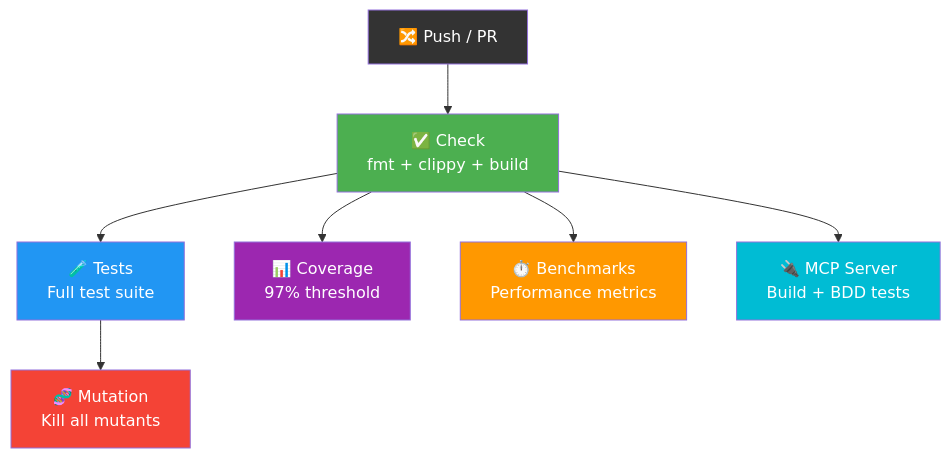
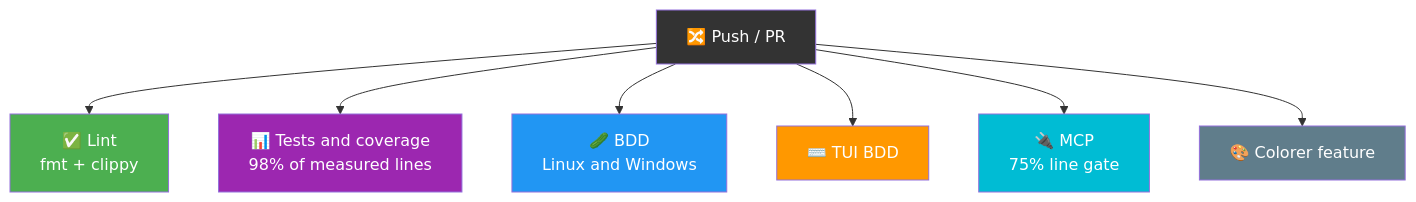
Before and after one commit to stden/FunnyFileManager: diagram 12 of 12 in TUTORIAL.md, drawn with Mermaid. The commit also changed other lines of this file and 18 other files, not shown here.

````diff
--- a/TUTORIAL.md
+++ b/TUTORIAL.md
@@ -521,21 +522,17 @@
 ```mermaid
 graph TB
-    PUSH["🔀 Push / PR"] --> CHECK
-
-    CHECK["✅ Check<br/>fmt + clippy + build"]
-
-    CHECK --> TEST["🧪 Tests<br/>Full test suite"]
-    CHECK --> COVERAGE["📊 Coverage<br/>97% threshold"]
-    CHECK --> BENCH["⏱️ Benchmarks<br/>Performance metrics"]
-    CHECK --> MCP["🔌 MCP Server<br/>Build + BDD tests"]
-
-    TEST --> MUTATION["🧬 Mutation<br/>Kill all mutants"]
+    PUSH["🔀 Push / PR"] --> LINT["✅ Lint<br/>fmt + clippy"]
+    PUSH --> COVERAGE["📊 Tests and coverage<br/>98% of measured lines"]
+    PUSH --> BDD["🥒 BDD<br/>Linux and Windows"]
+    PUSH --> TUIBDD["⌨️ TUI BDD"]
+    PUSH --> MCP["🔌 MCP<br/>75% line gate"]
+    PUSH --> COLORER["🎨 Colorer feature"]
 
     style PUSH fill:#333,color:#fff
-    style CHECK fill:#4caf50,color:#fff
-    style TEST fill:#2196f3,color:#fff
+    style LINT fill:#4caf50,color:#fff
     style COVERAGE fill:#9c27b0,color:#fff
-    style BENCH fill:#ff9800,color:#fff
+    style BDD fill:#2196f3,color:#fff
+    style TUIBDD fill:#ff9800,color:#fff
     style MCP fill:#00bcd4,color:#fff
-    style MUTATION fill:#f44336,color:#fff
+    style COLORER fill:#607d8b,color:#fff
 ```
````
